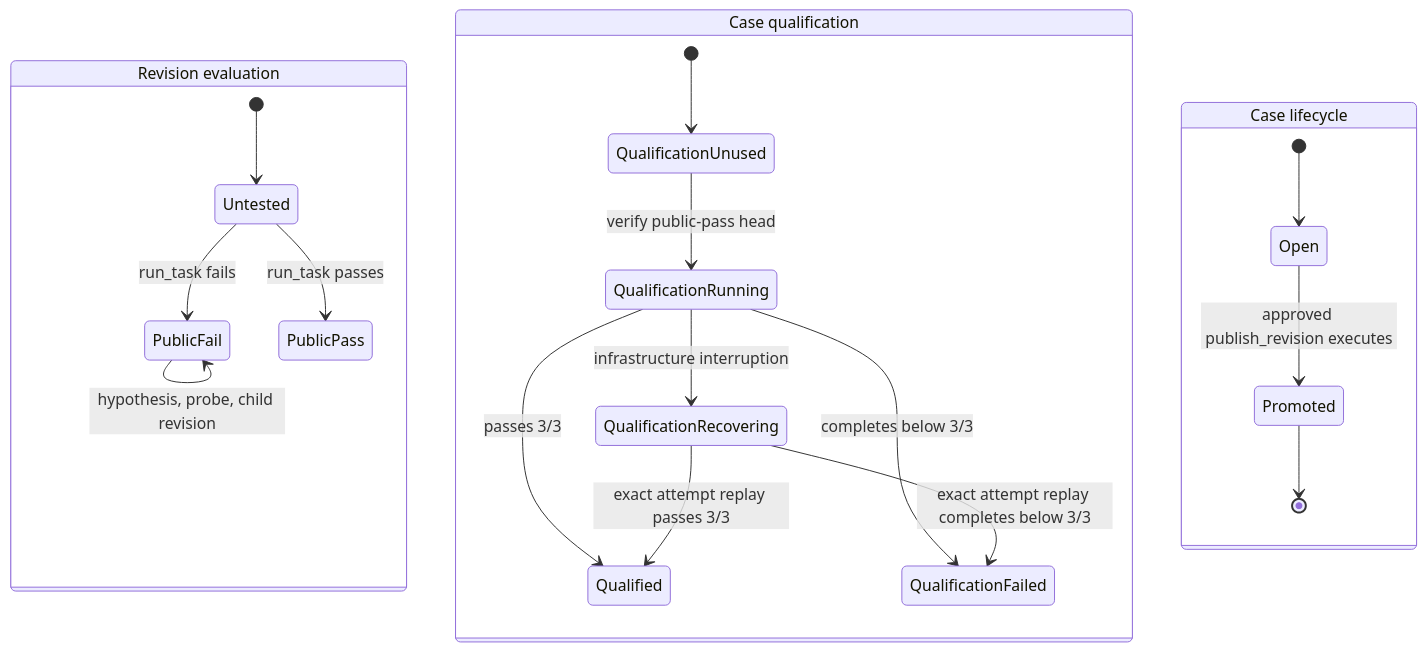
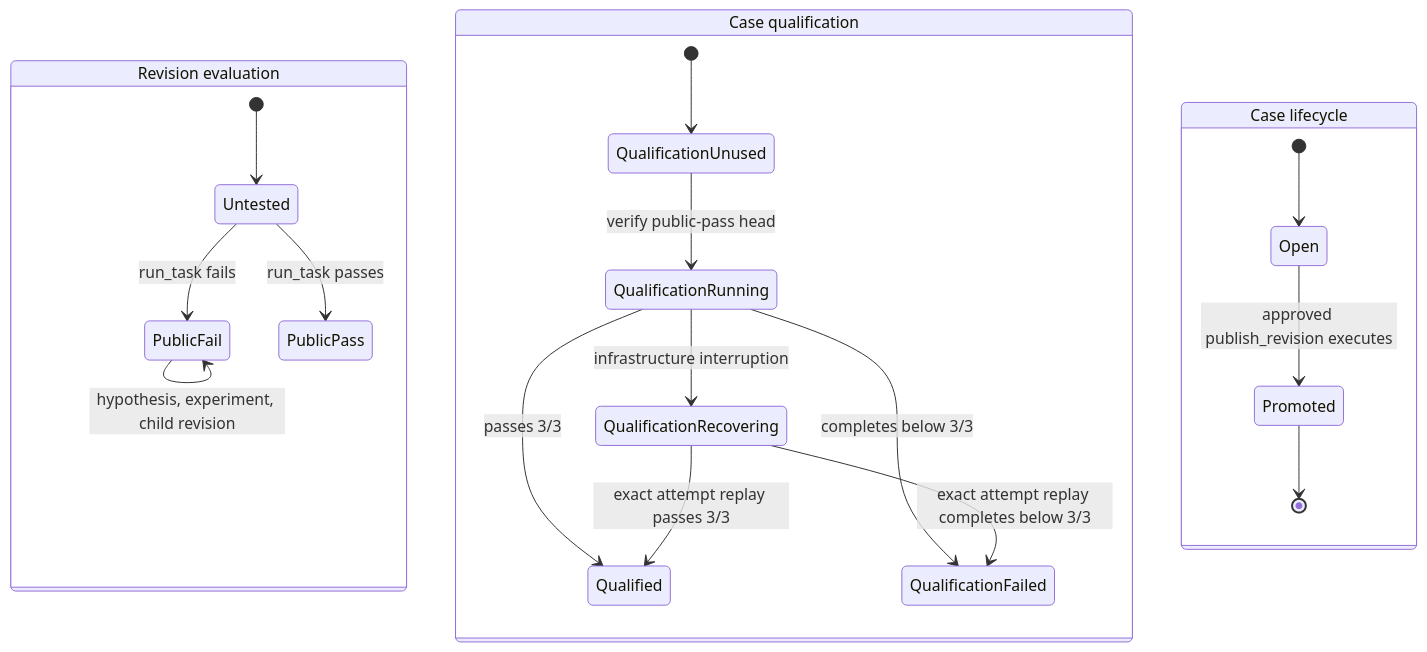
The second of 2 diagrams in docs/asset-autopsy-mvp-design.md (my-name-is-yu/TrueForgeHackathon), drawn with Mermaid before and after one commit. The commit also changed other lines of this file and 1 other file, not shown here.

Commit message:
docs: align experiment input contract

```diff
--- a/docs/asset-autopsy-mvp-design.md
+++ b/docs/asset-autopsy-mvp-design.md
@@ -251,25 +251,25 @@
 ~~~mermaid
 stateDiagram-v2
     state "Revision evaluation" as R {
       [*] --> Untested
       Untested --> PublicFail: run_task fails
-      PublicFail --> PublicFail: hypothesis, probe, child revision
+      PublicFail --> PublicFail: hypothesis, experiment, child revision
       Untested --> PublicPass: run_task passes
     }
 
     state "Case qualification" as Q {
       [*] --> QualificationUnused
       QualificationUnused --> QualificationRunning: verify public-pass head
       QualificationRunning --> Qualified: passes 3/3
       QualificationRunning --> QualificationFailed: completes below 3/3
       QualificationRunning --> QualificationRecovering: infrastructure interruption
       QualificationRecovering --> Qualified: exact attempt replay passes 3/3
       QualificationRecovering --> QualificationFailed: exact attempt replay completes below 3/3
     }
 
     state "Case lifecycle" as C {
       [*] --> Open
       Open --> Promoted: approved publish_revision executes
       Promoted --> [*]
     }
 ~~~
```
